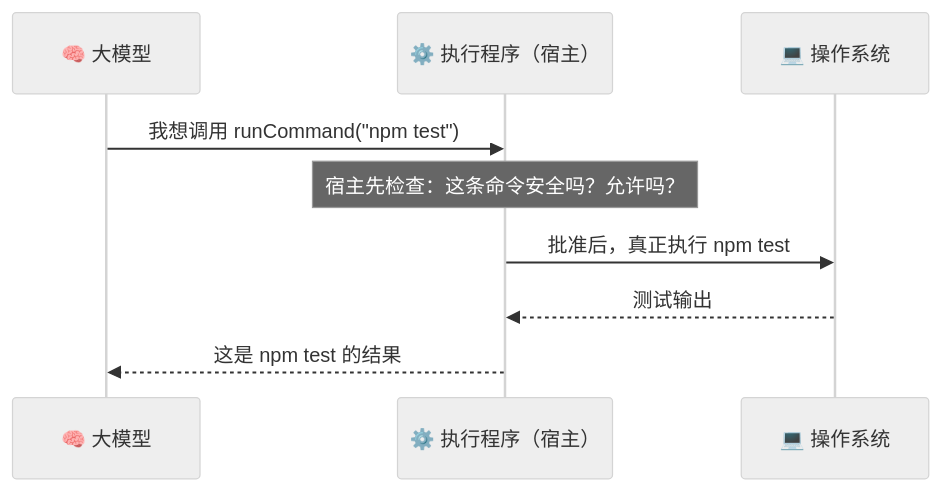
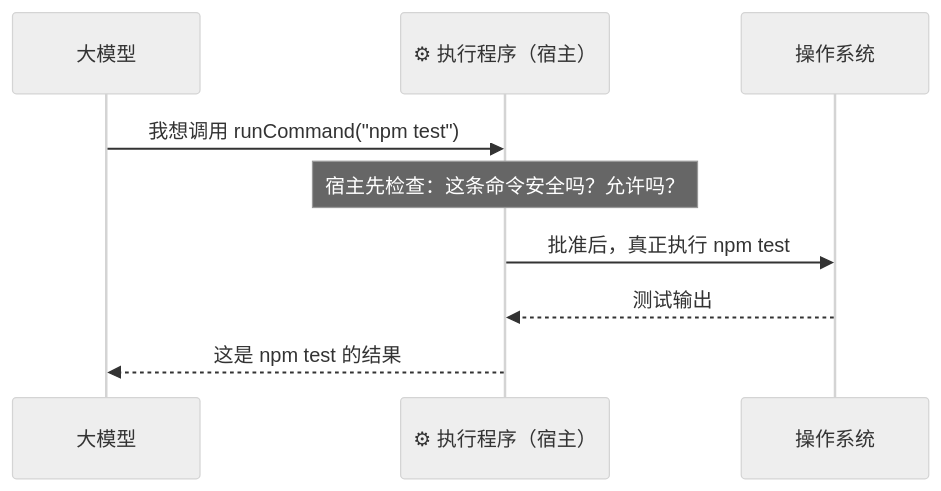
One commit to luckykhy/KhyAiHub changed the third of 7 diagrams in docs/02_CONCEPTS_概念入门/CONCEPT/[CONCEPT-02] 什么是ToolCalling-工具调用.md. Above: the diagram before and after it, drawn with Mermaid (neutral theme). The commit also changed other lines of this file and 19 other files, not shown here.

````diff
--- a/docs/02_CONCEPTS_概念入门/CONCEPT/[CONCEPT-02] 什么是ToolCalling-工具调用.md
+++ b/docs/02_CONCEPTS_概念入门/CONCEPT/[CONCEPT-02] 什么是ToolCalling-工具调用.md
@@ -185,11 +185,11 @@
 ```mermaid
 sequenceDiagram
-  participant LLM as 🧠 大模型
-  participant Host as ⚙️ 执行程序（宿主）
-  participant OS as 💻 操作系统
+  participant LLM as 大模型
+  participant Host as ⚙ 执行程序（宿主）
+  participant OS as 操作系统
   LLM->>Host: 我想调用 runCommand("npm test")
   Note over Host: 宿主先检查：这条命令安全吗？允许吗？
   Host->>OS: 批准后，真正执行 npm test
   OS-->>Host: 测试输出
   Host-->>LLM: 这是 npm test 的结果
 ```
````
